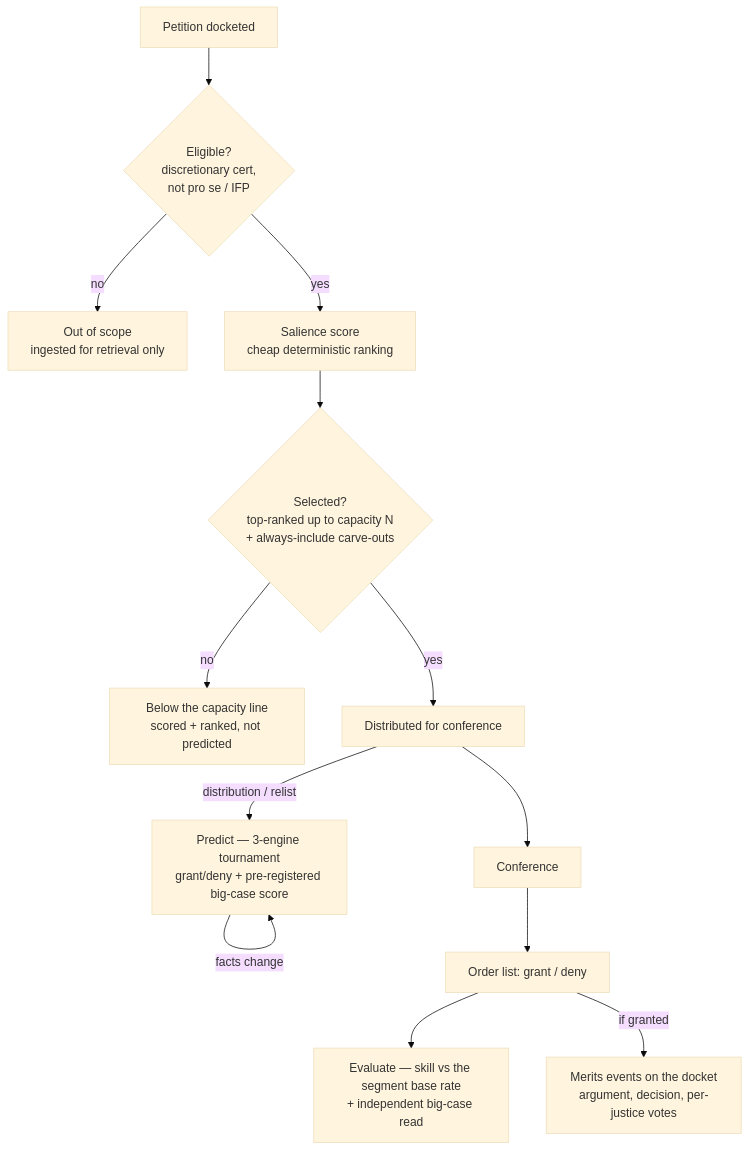
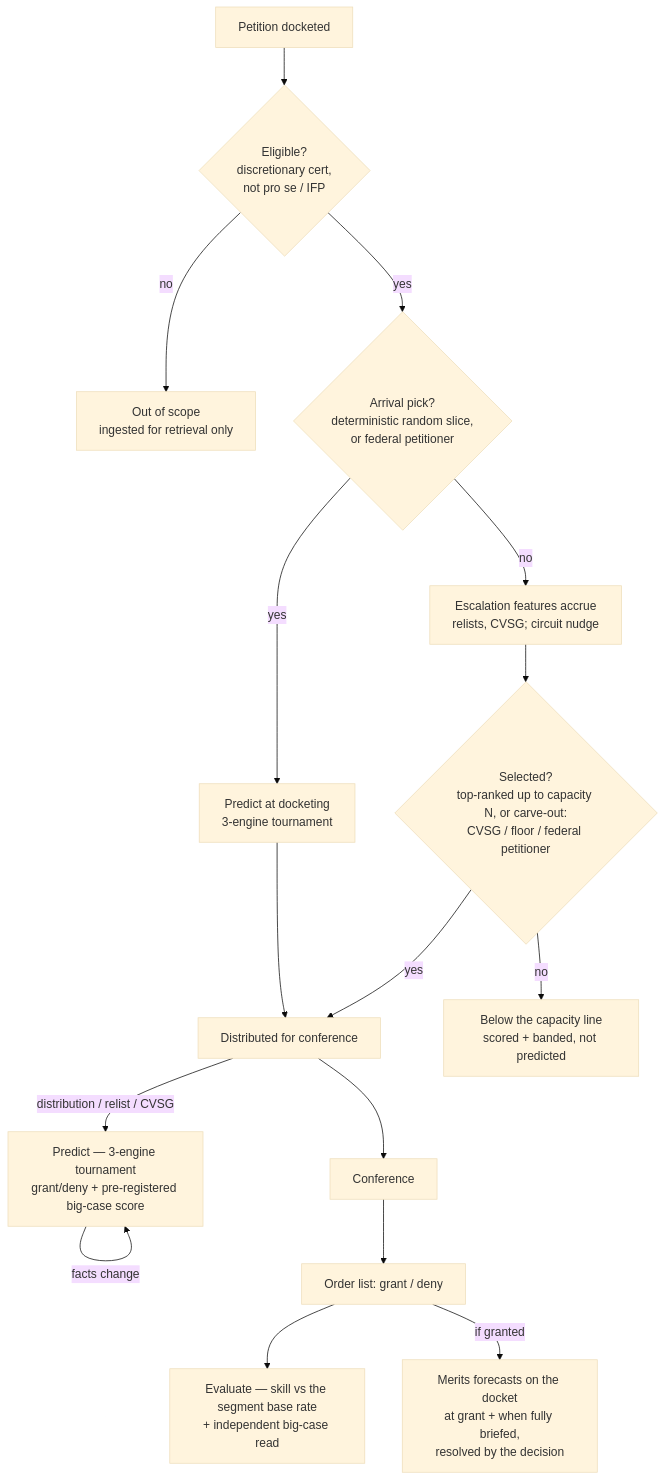
The diagram in README.md (ModelMirrorAI/fedcourtsai), drawn with Mermaid (base theme) before and after one commit. The commit also changed other lines of this file, not shown here.

First line of the commit message:
docs(readme): state case selection and the lifecycle under the active salience design

````diff
--- a/README.md
+++ b/README.md
@@ -132,15 +165,18 @@
 ```mermaid
 flowchart TD
   A[Petition docketed] --> B{Eligible?<br/>discretionary cert,<br/>not pro se / IFP}
   B -- no --> X[Out of scope<br/>ingested for retrieval only]
-  B -- yes --> C[Salience score<br/>cheap deterministic ranking]
-  C --> D{Selected?<br/>top-ranked up to capacity N<br/>+ always-include carve-outs}
-  D -- no --> Y[Below the capacity line<br/>scored + ranked, not predicted]
-  D -- yes --> E[Distributed for conference]
-  E -->|distribution / relist| F[Predict — 3-engine tournament<br/>grant/deny + pre-registered big-case score]
+  B -- yes --> C{Arrival pick?<br/>deterministic random slice,<br/>or federal petitioner}
+  C -- yes --> P[Predict at docketing<br/>3-engine tournament]
+  P --> E
+  C -- no --> D[Escalation features accrue<br/>relists, CVSG; circuit nudge]
+  D --> S{Selected?<br/>top-ranked up to capacity N, or carve-out:<br/>CVSG / floor / federal petitioner}
+  S -- no --> Y[Below the capacity line<br/>scored + banded, not predicted]
+  S -- yes --> E[Distributed for conference]
+  E -->|distribution / relist / CVSG| F[Predict — 3-engine tournament<br/>grant/deny + pre-registered big-case score]
   F -->|facts change| F
   E --> G[Conference]
   G --> H[Order list: grant / deny]
   H --> I[Evaluate — skill vs the segment base rate<br/>+ independent big-case read]
-  H -->|if granted| J[Merits events on the docket<br/>argument, decision, per-justice votes]
+  H -->|if granted| J[Merits forecasts on the docket<br/>at grant + when fully briefed,<br/>resolved by the decision]
 ```
````
